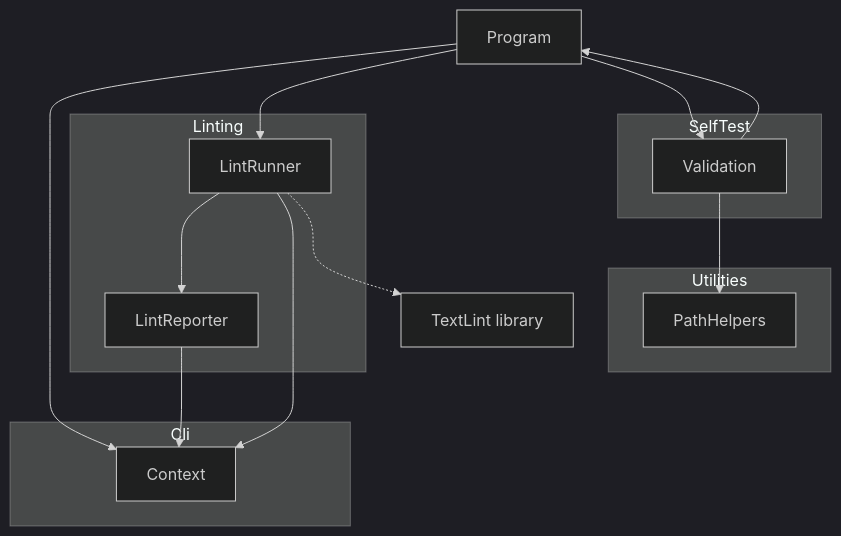
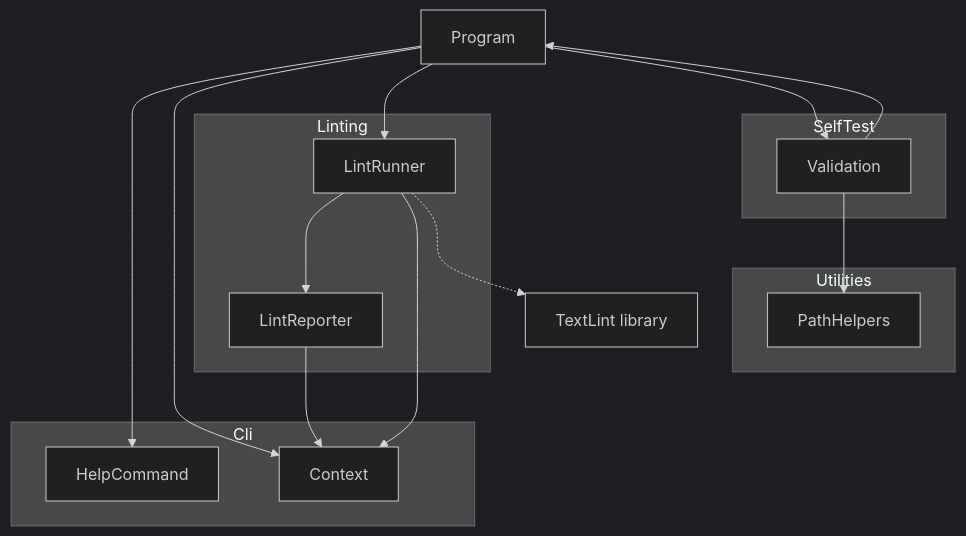
Before and after one commit to demaconsulting/TextLint: the diagram in docs/design/textlint-tool.md, drawn with Mermaid (dark theme). The commit also changed other lines of this file and 51 other files, not shown here.

````diff
--- a/docs/design/textlint-tool.md
+++ b/docs/design/textlint-tool.md
@@ -18,26 +18,28 @@
 ```mermaid
 flowchart TD
     Program
     subgraph Cli
         Context
+        HelpCommand
     end
     subgraph Linting
         LintRunner
         LintReporter
     end
     subgraph SelfTest
         Validation
     end
     subgraph Utilities
         PathHelpers
     end
+    Program --> HelpCommand
     Program --> Context
     Program --> LintRunner
     Program --> Validation
     LintRunner --> LintReporter
     LintRunner --> Context
     LintReporter --> Context
     Validation --> Program
     Validation --> PathHelpers
     LintRunner -.-> Library[TextLint library]
 ```
````
